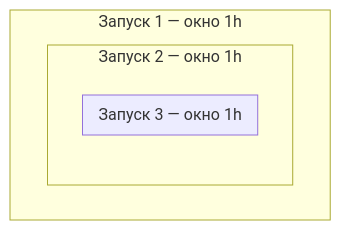
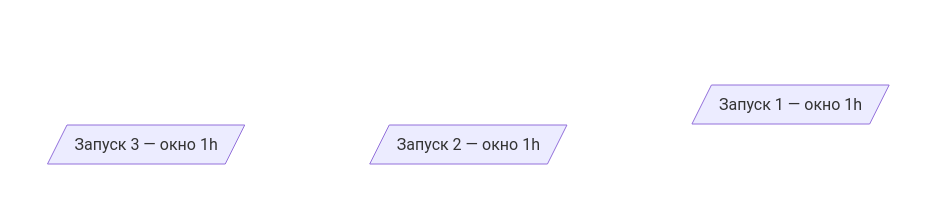
The first of 2 diagrams in README.md (patsevanton/victorialogs-alerting-by-error-panic), drawn with Mermaid before and after one commit. The commit also changed other lines of this file, not shown here.

Commit message:
замена mermaid-схем _time на сдвинутые параллелограммы

````diff
--- a/README.md
+++ b/README.md
@@ -456,9 +456,23 @@
 ```mermaid
 flowchart TB
-    subgraph A["Запуск 1 — окно 1h"]
-        subgraph B["Запуск 2 — окно 1h"]
-            subgraph C["Запуск 3 — окно 1h"]
-            end
-        end
+    classDef hide fill:transparent,stroke:none,color:transparent
+
+    subgraph R1[" "]
+      direction LR
+      A[/Запуск 1 — окно 1h/]
     end
+    subgraph R2[" "]
+      direction LR
+      s2["　　"]:::hide
+      B[/Запуск 2 — окно 1h/]
+    end
+    subgraph R3[" "]
+      direction LR
+      s3["　　　　"]:::hide
+      C[/Запуск 3 — окно 1h/]
+    end
+
+    style R1 fill:none,stroke:none
+    style R2 fill:none,stroke:none
+    style R3 fill:none,stroke:none
 ```
````
